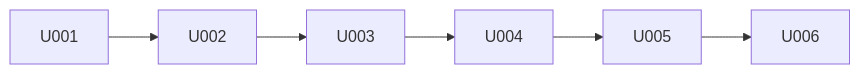
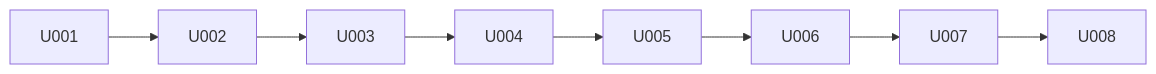
Before and after one commit to kagyuu/DbFAQ: the diagram in docs/P005-impl-plan.md, drawn with Mermaid. The commit also changed other lines of this file and 147 other files, not shown here.

````diff
--- a/docs/P005-impl-plan.md
+++ b/docs/P005-impl-plan.md
@@ -100,4 +126,4 @@
 ```mermaid
 flowchart LR
-  U001 --> U002 --> U003 --> U004 --> U005 --> U006
+  U001 --> U002 --> U003 --> U004 --> U005 --> U006 --> U007 --> U008
 ```
````
